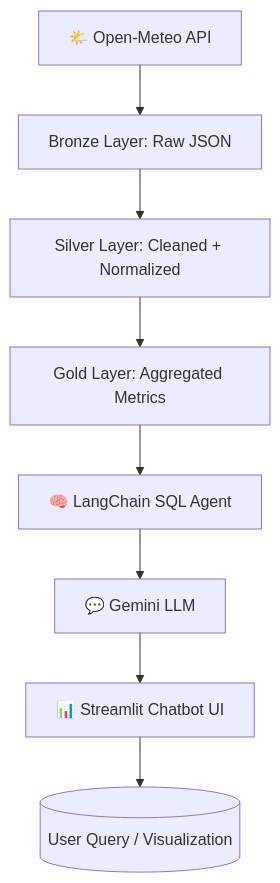
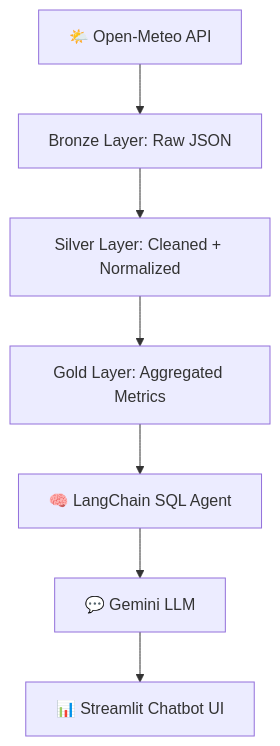
Before and after one commit to ziaArzoo/spark-etl: the diagram in README.md, drawn with Mermaid.

Commit message:
readme updated

````diff
--- a/README.md
+++ b/README.md
@@ -68,10 +68,9 @@
 ```mermaid
 flowchart TD
     A[🌤️ Open-Meteo API] --> B[Bronze Layer: Raw JSON]
     B --> C[Silver Layer: Cleaned + Normalized]
     C --> D[Gold Layer: Aggregated Metrics]
     D --> E[🧠 LangChain SQL Agent]
     E --> F[💬 Gemini LLM]
     F --> G[📊 Streamlit Chatbot UI]
-    G --> H[(User Query / Visualization)]
 ```
````
